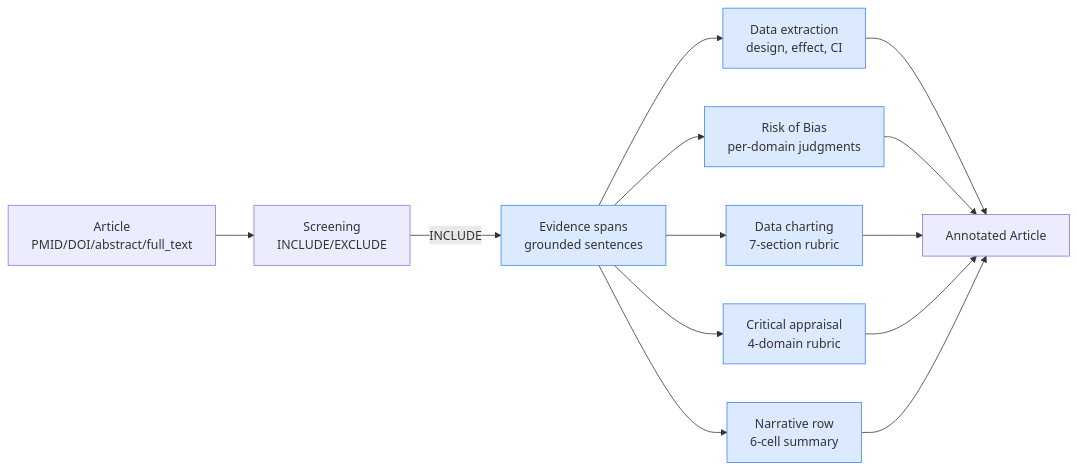
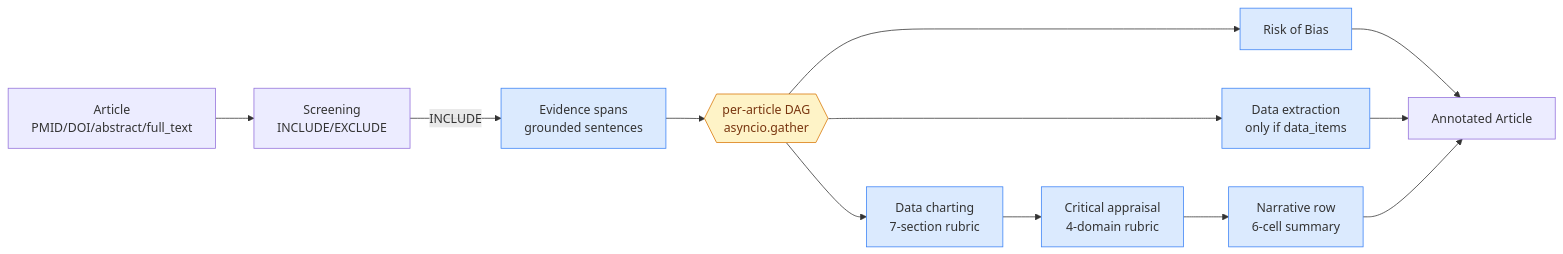
Before and after one commit to sensein/synthscholar: the fourth of 6 diagrams in docs/architecture.md, drawn with Mermaid. The commit also changed other lines of this file and 11 other files, not shown here.

````diff
--- a/docs/architecture.md
+++ b/docs/architecture.md
@@ -168,14 +207,17 @@
 ```{mermaid}
 flowchart LR
     A[Article<br/>PMID/DOI/abstract/full_text] --> S[Screening<br/>INCLUDE/EXCLUDE]
     S -->|INCLUDE| E[Evidence spans<br/>grounded sentences]
-    E --> D[Data extraction<br/>design, effect, CI]
-    E --> R[Risk of Bias<br/>per-domain judgments]
-    E --> CH[Data charting<br/>7-section rubric]
-    E --> AP[Critical appraisal<br/>4-domain rubric]
-    E --> NR[Narrative row<br/>6-cell summary]
-    D & R & CH & AP & NR --> ART[Annotated Article]
+    E --> DAG{{per-article DAG<br/>asyncio.gather}}
+    DAG --> R[Risk of Bias]
+    DAG --> D[Data extraction<br/>only if data_items]
+    DAG --> CH[Data charting<br/>7-section rubric]
+    CH --> AP[Critical appraisal<br/>4-domain rubric]
+    AP --> NR[Narrative row<br/>6-cell summary]
+    R & D & NR --> ART[Annotated Article]
 
     classDef extract fill:#dbeafe,stroke:#3b82f6;
+    classDef dag fill:#fef3c7,stroke:#d97706,color:#78350f;
     class E,D,R,CH,AP,NR extract;
+    class DAG dag;
 ```
````
